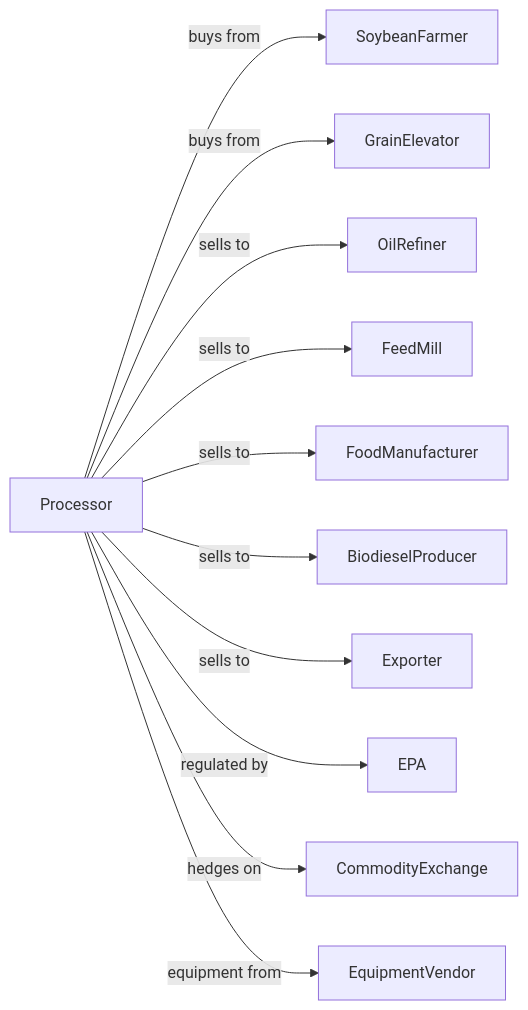
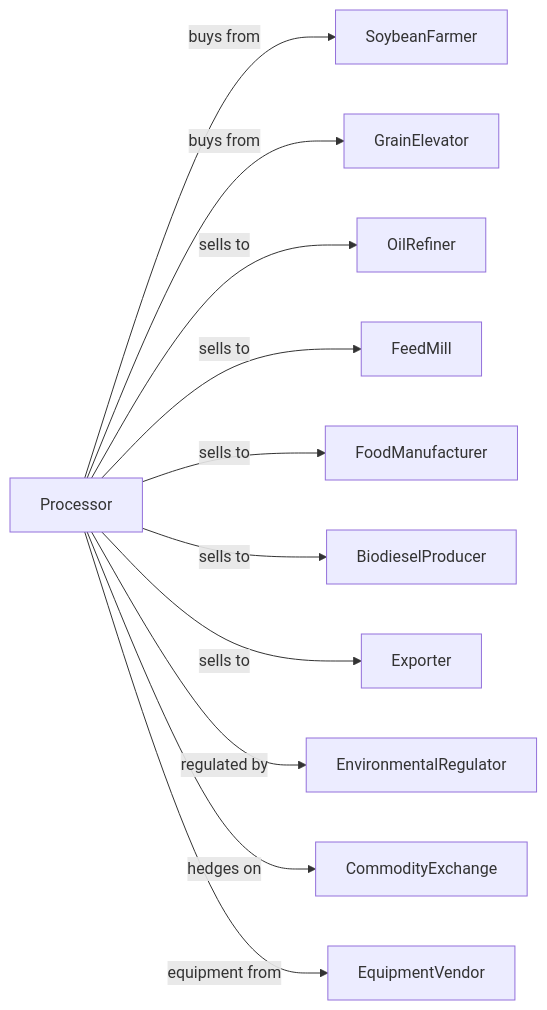
One commit to dot-org-ai/industries.org.ai changed the second of 2 diagrams in Manufacturing/FoodManufacturing/GrainAndOilseedMilling/SoybeanAndOtherOilseedProcessing.mdx. Above: the diagram before and after it, drawn with Mermaid. The commit also changed other lines of this file and 639 other files, not shown here.

````diff
--- a/Manufacturing/FoodManufacturing/GrainAndOilseedMilling/SoybeanAndOtherOilseedProcessing.mdx
+++ b/Manufacturing/FoodManufacturing/GrainAndOilseedMilling/SoybeanAndOtherOilseedProcessing.mdx
@@ -140,15 +140,15 @@
 ```mermaid
 graph LR
     P[Processor]
 
     P -->|buys from| SoybeanFarmer
     P -->|buys from| GrainElevator
     P -->|sells to| OilRefiner
     P -->|sells to| FeedMill
     P -->|sells to| FoodManufacturer
     P -->|sells to| BiodieselProducer
     P -->|sells to| Exporter
-    P -->|regulated by| EPA
+    P -->|regulated by| EnvironmentalRegulator
     P -->|hedges on| CommodityExchange
     P -->|equipment from| EquipmentVendor
 ```
````
